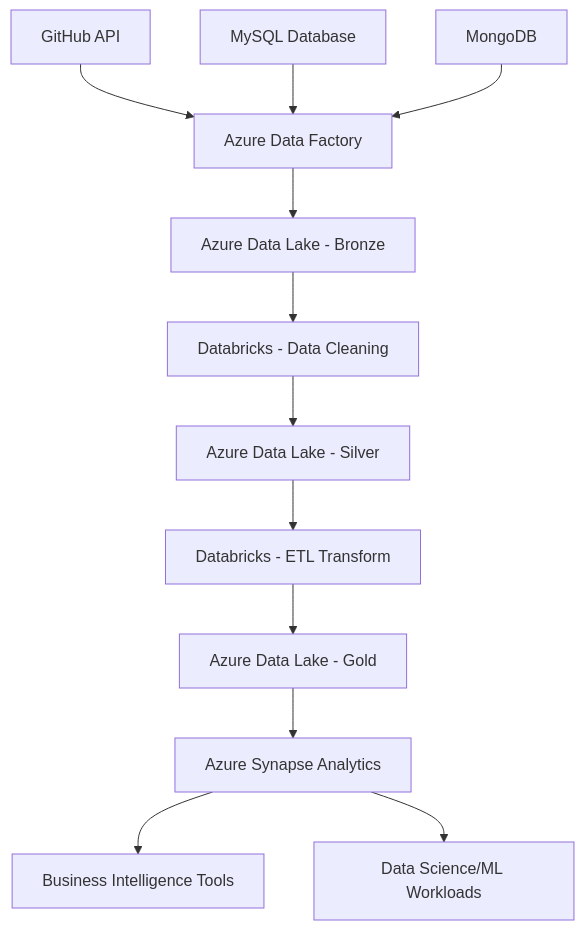
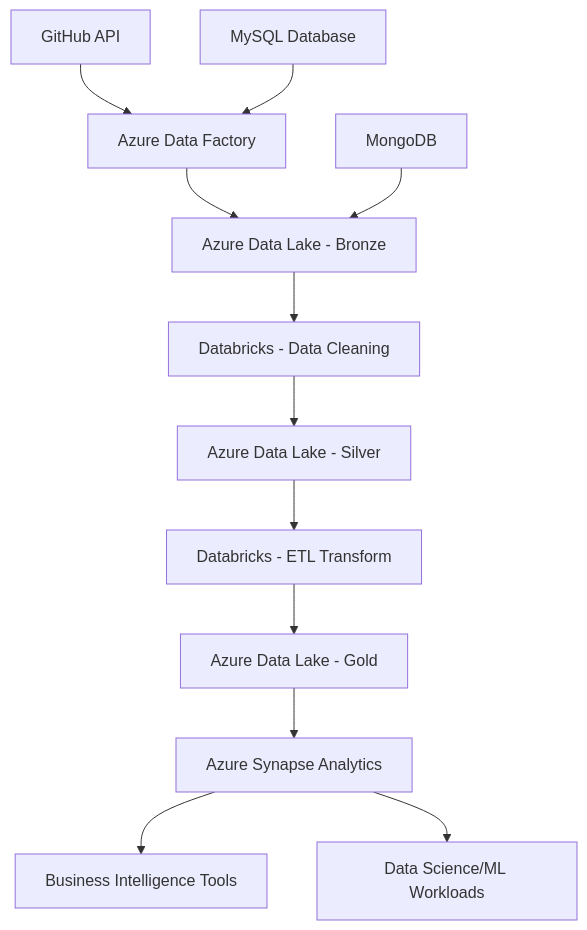
One commit to Preeti290995-edhec/Data-Engineering-Project changed the diagram in README.md. Above: the diagram before and after it, drawn with Mermaid. The commit also changed other lines of this file, not shown here.

````diff
--- a/README.md
+++ b/README.md
@@ -141,14 +150,14 @@
 ```mermaid
 graph TD
     A[GitHub API] --> B[Azure Data Factory]
     C[MySQL Database] --> B
-    D[MongoDB] --> B
     B --> E[Azure Data Lake - Bronze]
+    D[MongoDB] --> E
     E --> F[Databricks - Data Cleaning]
     F --> G[Azure Data Lake - Silver]
     G --> H[Databricks - ETL Transform]
     H --> I[Azure Data Lake - Gold]
     I --> J[Azure Synapse Analytics]
     J --> K[Business Intelligence Tools]
     J --> L[Data Science/ML Workloads]
 ```
````
